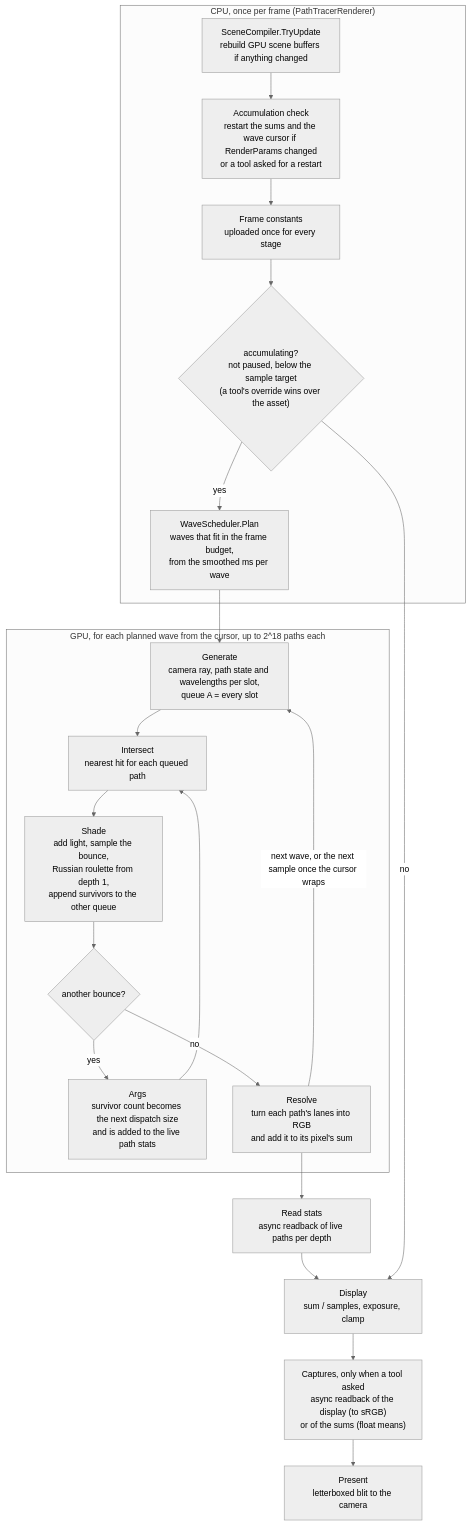
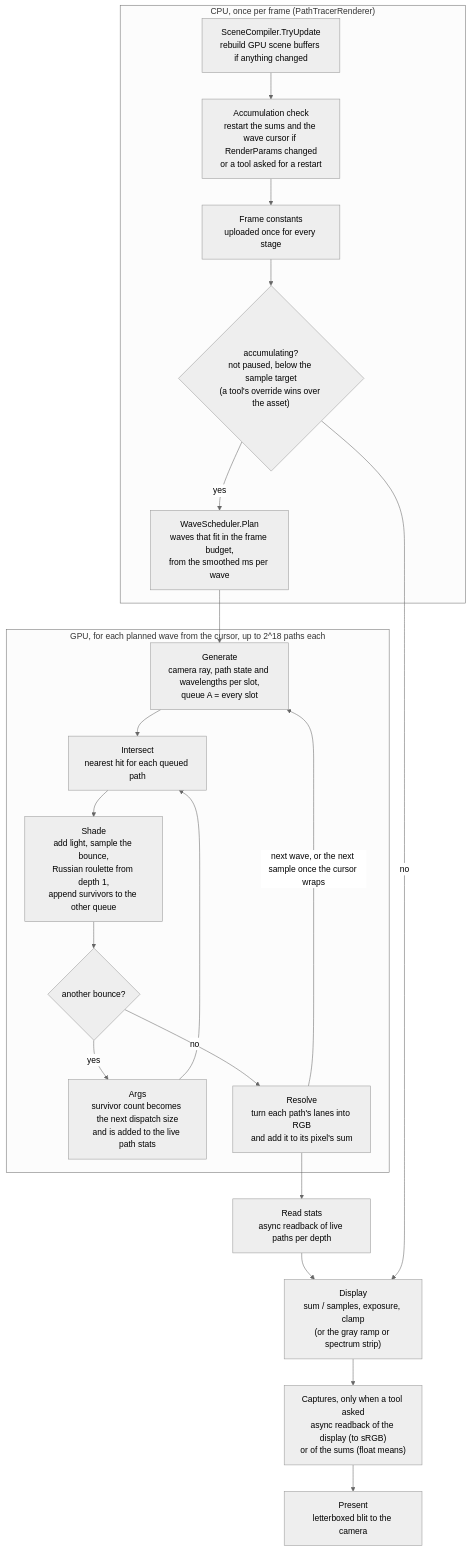
The diagram in Assets/SpectralPathTracer/Runtime/Rendering/README.md (Privnoval016/SpectralPathTracer), drawn with Mermaid (neutral theme) before and after one commit. The commit also changed other lines of this file and 2 other files, not shown here.

Commit message:
docs: add the cp-25 devlog, a spectrum check guide and the CIE tables to the pipeline README

````diff
--- a/Assets/SpectralPathTracer/Runtime/Rendering/README.md
+++ b/Assets/SpectralPathTracer/Runtime/Rendering/README.md
@@ -7,32 +7,32 @@
 ```mermaid
 flowchart TD
     subgraph CPU["CPU, once per frame (PathTracerRenderer)"]
         scene["SceneCompiler.TryUpdate<br/>rebuild GPU scene buffers if anything changed"]
         reset["Accumulation check<br/>restart the sums and the wave cursor if RenderParams changed<br/>or a tool asked for a restart"]
         constants["Frame constants<br/>uploaded once for every stage"]
         decide{"accumulating?<br/>not paused, below the sample target<br/>(a tool's override wins over the asset)"}
         plan["WaveScheduler.Plan<br/>waves that fit in the frame budget,<br/>from the smoothed ms per wave"]
         scene --> reset --> constants --> decide
         decide -- yes --> plan
     end
 
     subgraph WAVE["GPU, for each planned wave from the cursor, up to 2^18 paths each"]
         gen["Generate<br/>camera ray, path state and wavelengths per slot,<br/>queue A = every slot"]
         isect["Intersect<br/>nearest hit for each queued path"]
         shade["Shade<br/>add light, sample the bounce,<br/>Russian roulette from depth 1,<br/>append survivors to the other queue"]
         more{"another bounce?"}
         args["Args<br/>survivor count becomes the next dispatch size<br/>and is added to the live path stats"]
         resolve["Resolve<br/>turn each path's lanes into RGB<br/>and add it to its pixel's sum"]
         gen --> isect --> shade --> more
         more -- yes --> args --> isect
         more -- no --> resolve
     end
 
     plan --> gen
     resolve -- "next wave, or the next sample once the cursor wraps" --> gen
     resolve --> readback["Read stats<br/>async readback of live paths per depth"]
     readback --> display
     decide -- no --> display
-    display["Display<br/>sum / samples, exposure, clamp"] --> capture["Captures, only when a tool asked<br/>async readback of the display (to sRGB)<br/>or of the sums (float means)"]
+    display["Display<br/>sum / samples, exposure, clamp<br/>(or the gray ramp or spectrum strip)"] --> capture["Captures, only when a tool asked<br/>async readback of the display (to sRGB)<br/>or of the sums (float means)"]
     capture --> present["Present<br/>letterboxed blit to the camera"]
 ```
````
